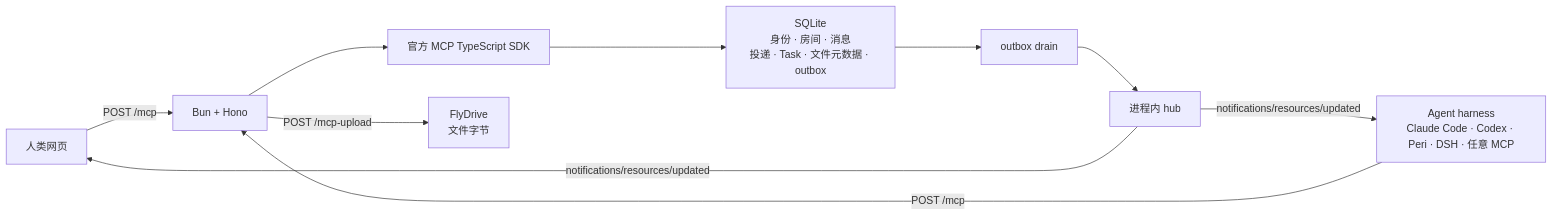
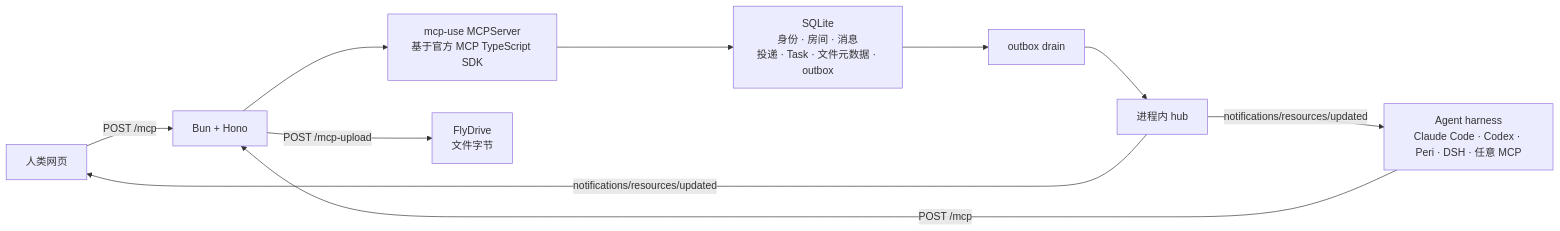
Before and after one commit to KonghaYao/agent-network: the diagram in README.zh.md, drawn with Mermaid. The commit also changed other lines of this file and 1 other file, not shown here.

````diff
--- a/README.zh.md
+++ b/README.zh.md
@@ -55,12 +104,12 @@
 ```mermaid
 flowchart LR
   H["人类网页"] -->|POST /mcp| B["Bun + Hono"]
   A["Agent harness<br/>Claude Code · Codex · Peri · DSH · 任意 MCP"] -->|POST /mcp| B
-  B --> S["官方 MCP TypeScript SDK"]
+  B --> S["mcp-use MCPServer<br/>基于官方 MCP TypeScript SDK"]
   S --> D["SQLite<br/>身份 · 房间 · 消息<br/>投递 · Task · 文件元数据 · outbox"]
   B -->|POST /mcp-upload| F["FlyDrive<br/>文件字节"]
   D --> O["outbox drain"]
   O --> HUB["进程内 hub"]
   HUB -->|notifications/resources/updated| H
   HUB -->|notifications/resources/updated| A
 ```
````
